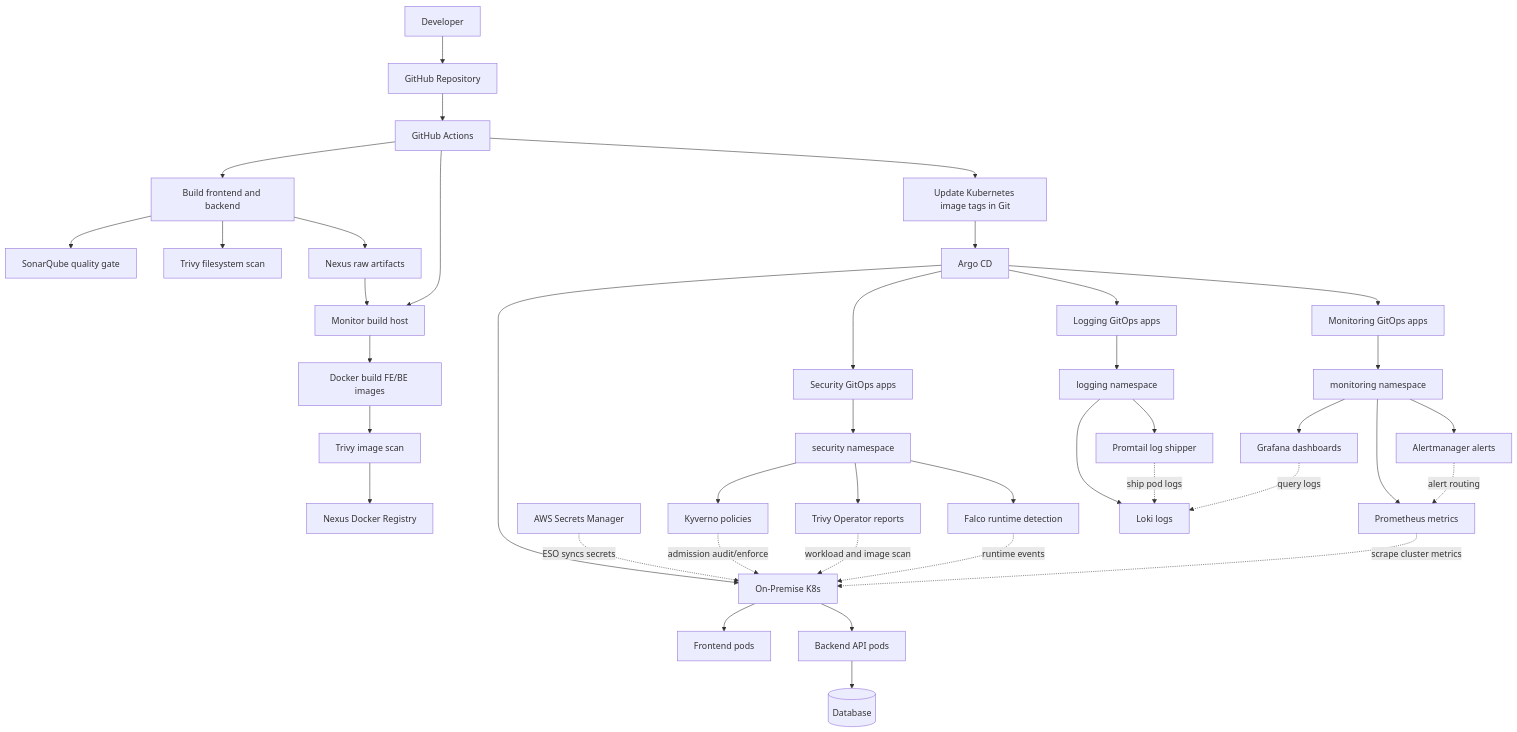
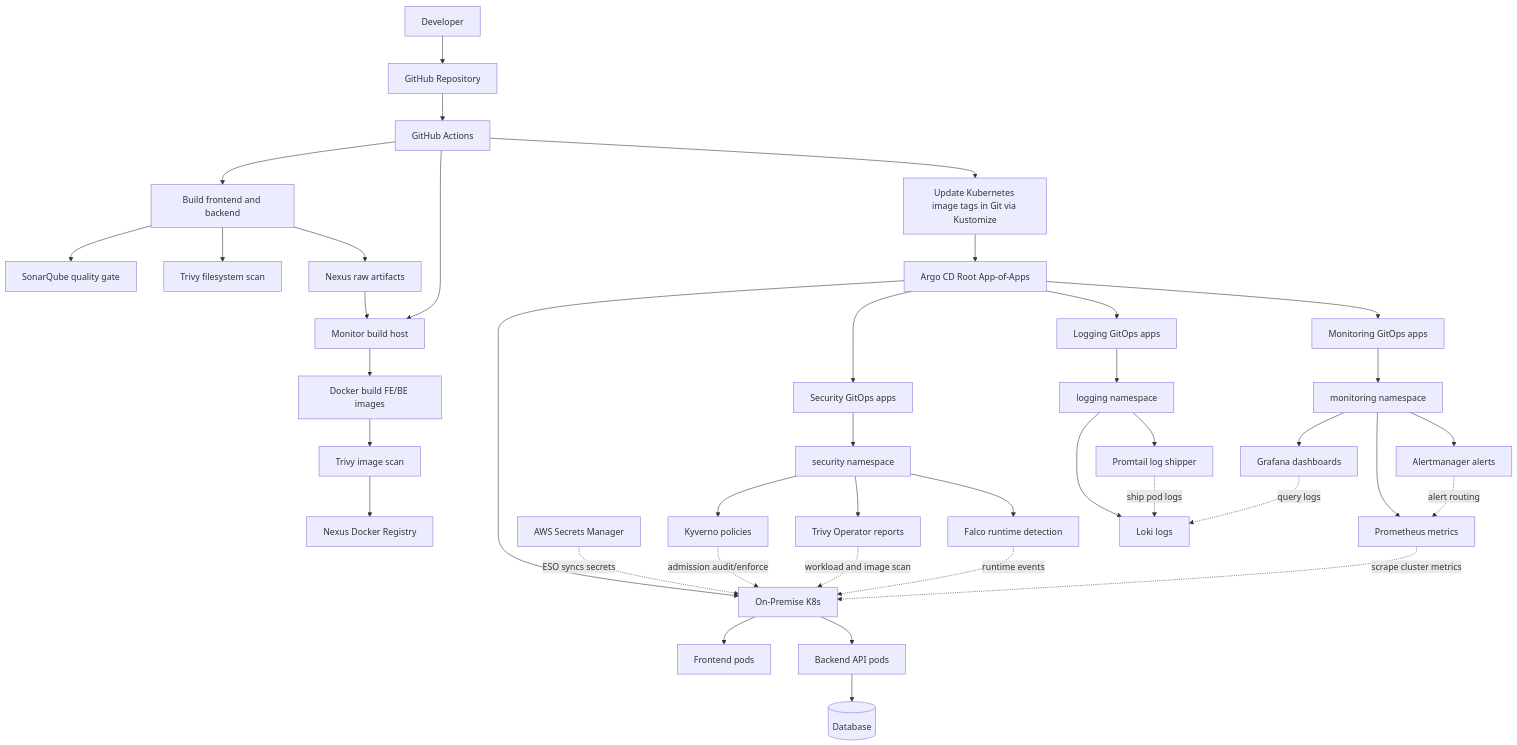
One commit to Kien-devops/k8s-home changed the diagram in README.md. Above: the diagram before and after it, drawn with Mermaid. The commit also changed other lines of this file and 595 other files, not shown here.

````diff
--- a/README.md
+++ b/README.md
@@ -59,50 +24,50 @@
 ```mermaid
 flowchart TB
   dev[Developer] --> git[GitHub Repository]
   git --> gha[GitHub Actions]
 
   gha --> build[Build frontend and backend]
   build --> sonar[SonarQube quality gate]
   build --> trivyfs[Trivy filesystem scan]
   build --> nexus[Nexus raw artifacts]
 
   nexus --> builder[Monitor build host]
   gha --> builder
   builder --> docker[Docker build FE/BE images]
   docker --> trivyimg[Trivy image scan]
   trivyimg --> ecr[Nexus Docker Registry]
 
-  gha --> manifest[Update Kubernetes image tags in Git]
-  manifest --> argocd[Argo CD]
+  gha --> manifest[Update Kubernetes image tags in Git via Kustomize]
+  manifest --> argocd[Argo CD Root App-of-Apps]
   argocd --> k8s[On-Premise K8s]
   aws[AWS Secrets Manager] -. ESO syncs secrets .-> k8s
 
   k8s --> fe[Frontend pods]
   k8s --> be[Backend API pods]
   be --> db[(Database)]
 
   argocd --> secapps[Security GitOps apps]
   secapps --> secns[security namespace]
   secns --> kyverno[Kyverno policies]
   secns --> trivyop[Trivy Operator reports]
   secns --> falco[Falco runtime detection]
 
   kyverno -. admission audit/enforce .-> k8s
   trivyop -. workload and image scan .-> k8s
   falco -. runtime events .-> k8s
 
   argocd --> monapps[Monitoring GitOps apps]
   monapps --> monns[monitoring namespace]
   monns --> prometheus[Prometheus metrics]
   monns --> grafana[Grafana dashboards]
   monns --> alertmanager[Alertmanager alerts]
   argocd --> logapps[Logging GitOps apps]
   logapps --> logns[logging namespace]
   logns --> loki[Loki logs]
   logns --> promtail[Promtail log shipper]
 
   prometheus -. scrape cluster metrics .-> k8s
   promtail -. ship pod logs .-> loki
   grafana -. query logs .-> loki
   alertmanager -. alert routing .-> prometheus
 ```
````
